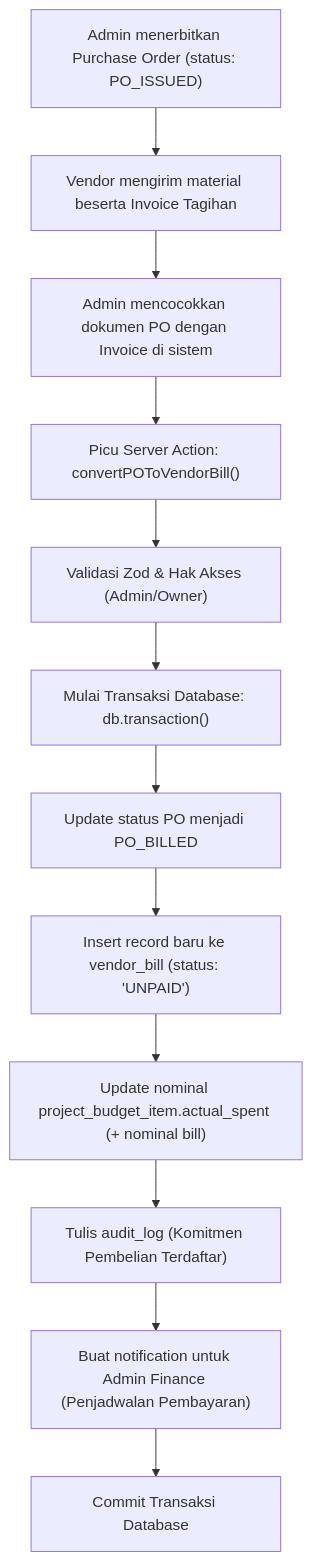
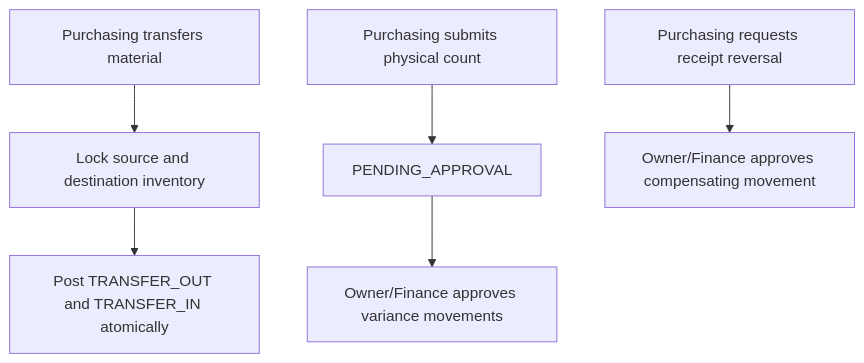
Before and after one commit to LibranRst/atria-erp: diagram 11 of 13 in docs/03-flows/FLOWS.md, drawn with Mermaid. The commit also changed other lines of this file and 453 other files, not shown here.

Commit message:
refactor: consolidate finance and material control workflows

````diff
--- a/docs/03-flows/FLOWS.md
+++ b/docs/03-flows/FLOWS.md
@@ -638,14 +149,8 @@
 ```mermaid
-graph TD
-    A["Admin menerbitkan Purchase Order (status: PO_ISSUED)"] --> B["Vendor mengirim material beserta Invoice Tagihan"]
-    B --> C["Admin mencocokkan dokumen PO dengan Invoice di sistem"]
-    C --> D["Picu Server Action: convertPOToVendorBill()"]
-    D --> E["Validasi Zod & Hak Akses (Admin/Owner)"]
-    E --> F["Mulai Transaksi Database: db.transaction()"]
-    F --> G["Update status PO menjadi PO_BILLED"]
-    G --> H["Insert record baru ke vendor_bill (status: 'UNPAID')"]
-    H --> I["Update nominal project_budget_item.actual_spent (+ nominal bill)"]
-    I --> J["Tulis audit_log (Komitmen Pembelian Terdaftar)"]
-    J --> K["Buat notification untuk Admin Finance (Penjadwalan Pembayaran)"]
-    K --> L["Commit Transaksi Database"]
+flowchart TD
+  A["Purchasing transfers material"] --> B["Lock source and destination inventory"]
+  B --> C["Post TRANSFER_OUT and TRANSFER_IN atomically"]
+  D["Purchasing submits physical count"] --> E["PENDING_APPROVAL"]
+  E --> F["Owner/Finance approves variance movements"]
+  G["Purchasing requests receipt reversal"] --> H["Owner/Finance approves compensating movement"]
 ```
````
